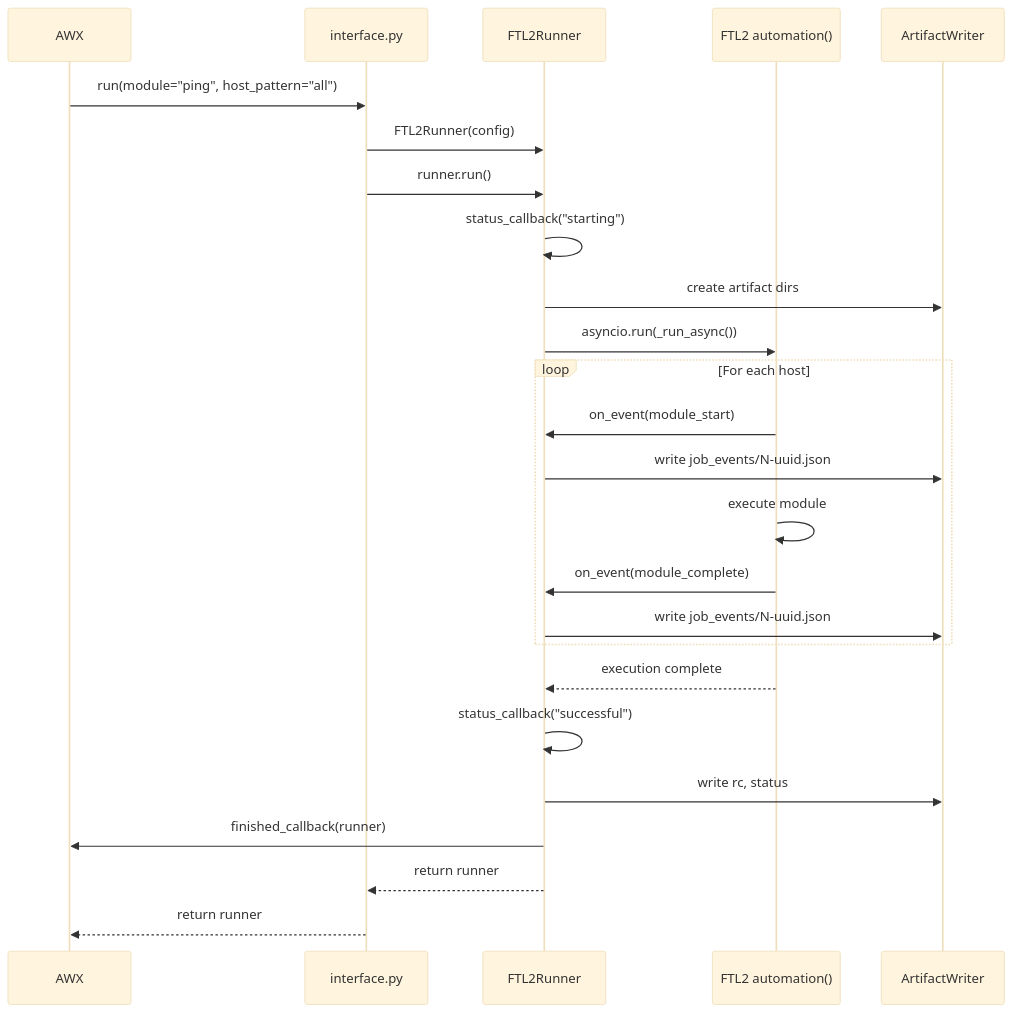
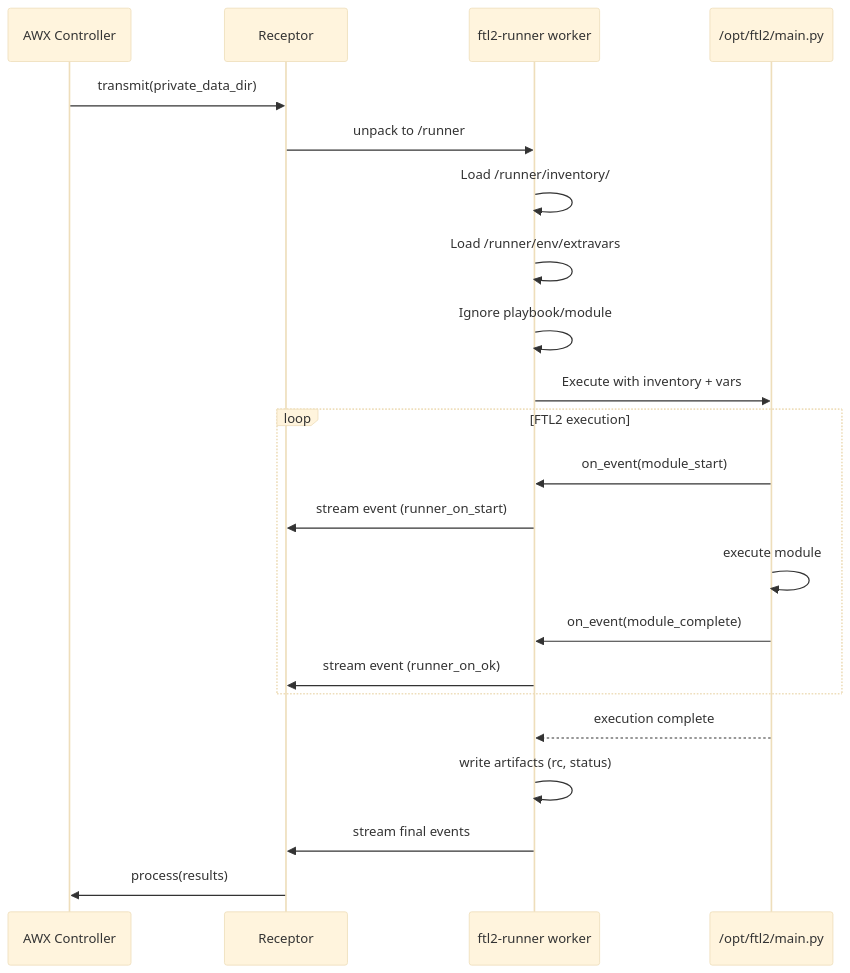
One commit to benthomasson/ftl2-runner changed the second of 2 diagrams in docs/ftl2-runner-design.md. Above: the diagram before and after it, drawn with Mermaid (base theme). The commit also changed other lines of this file and 4 other files, not shown here.

````diff
--- a/docs/ftl2-runner-design.md
+++ b/docs/ftl2-runner-design.md
@@ -52,32 +66,29 @@
 ```mermaid
 sequenceDiagram
-    participant AWX as AWX
-    participant IF as interface.py
-    participant RN as FTL2Runner
-    participant FTL as FTL2 automation()
-    participant AR as ArtifactWriter
+    participant AWX as AWX Controller
+    participant RX as Receptor
+    participant WK as ftl2-runner worker
+    participant FTL as /opt/ftl2/main.py
 
-    AWX->>IF: run(module="ping", host_pattern="all")
-    IF->>RN: FTL2Runner(config)
-    IF->>RN: runner.run()
+    AWX->>RX: transmit(private_data_dir)
+    RX->>WK: unpack to /runner
 
-    RN->>RN: status_callback("starting")
-    RN->>AR: create artifact dirs
+    WK->>WK: Load /runner/inventory/
+    WK->>WK: Load /runner/env/extravars
+    WK->>WK: Ignore playbook/module
 
-    RN->>FTL: asyncio.run(_run_async())
+    WK->>FTL: Execute with inventory + vars
 
-    loop For each host
-        FTL->>RN: on_event(module_start)
-        RN->>AR: write job_events/N-uuid.json
+    loop FTL2 execution
+        FTL->>WK: on_event(module_start)
+        WK->>RX: stream event (runner_on_start)
         FTL->>FTL: execute module
-        FTL->>RN: on_event(module_complete)
-        RN->>AR: write job_events/N-uuid.json
+        FTL->>WK: on_event(module_complete)
+        WK->>RX: stream event (runner_on_ok)
     end
 
-    FTL-->>RN: execution complete
-    RN->>RN: status_callback("successful")
-    RN->>AR: write rc, status
-    RN->>AWX: finished_callback(runner)
-    RN-->>IF: return runner
-    IF-->>AWX: return runner
+    FTL-->>WK: execution complete
+    WK->>WK: write artifacts (rc, status)
+    WK->>RX: stream final events
+    RX->>AWX: process(results)
 ```
````
